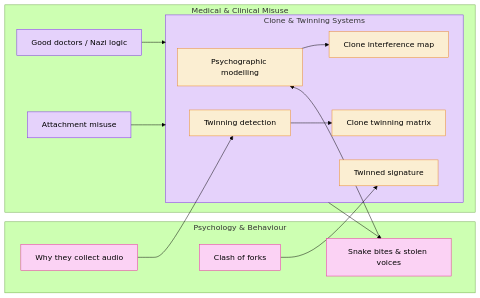
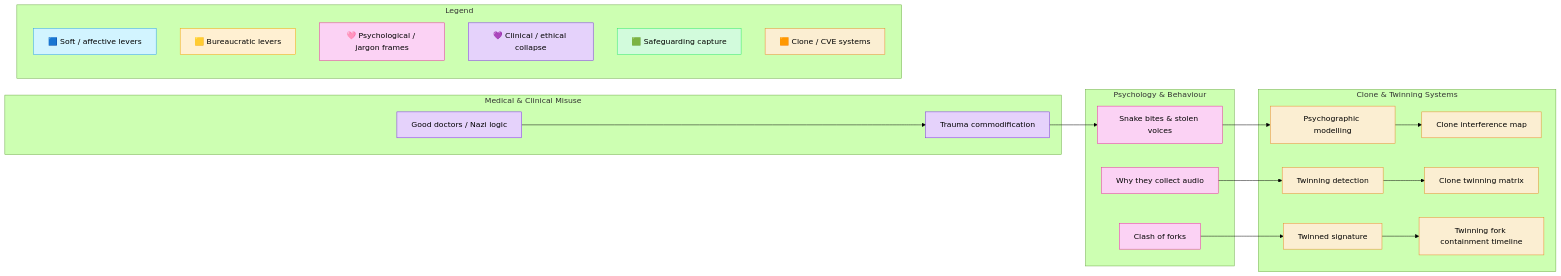
One commit to josefsbreakfast/Polaris-Protocol changed the diagram in Disruption_Kit/Big_Picture_Protocols/🐦‍🔥_Trauma_Psycology_Medical_Misuse/README.md. Above: the diagram before and after it, drawn with Mermaid (forest theme). The commit also changed other lines of this file, not shown here.

````diff
--- a/Disruption_Kit/Big_Picture_Protocols/🐦‍🔥_Trauma_Psycology_Medical_Misuse/README.md
+++ b/Disruption_Kit/Big_Picture_Protocols/🐦‍🔥_Trauma_Psycology_Medical_Misuse/README.md
@@ -41,41 +64,52 @@
 ```mermaid
+
 flowchart LR
-  subgraph M[Medical & Clinical Misuse]
-    A[Good doctors / Nazi logic]:::ethics
-    B[Attachment misuse]:::ethics
-    C[Trauma commodification]:::ethics
-  end
+subgraph M[Medical & Clinical Misuse]
+A[Good doctors / Nazi logic]:::ethics
+B[Trauma commodification]:::ethics
+end
 
-  subgraph P[Psychology & Behaviour]
-    D[Snake bites & stolen voices]:::jargon
-    E[Why they collect audio]:::jargon
-    F[Clash of forks]:::jargon
-  end
+subgraph P[Psychology & Behaviour]
+D[Snake bites & stolen voices]:::jargon
+E[Why they collect audio]:::jargon
+F[Clash of forks]:::jargon
+end
 
-  subgraph C[Clone & Twinning Systems]
-    G[Psychographic modelling]:::cve
-    H[Twinning detection]:::cve
-    I[Twinned signature]:::cve
-    J[Clone interference map]:::cve
-    K[Clone twinning matrix]:::cve
-  end
+subgraph C[Clone & Twinning Systems]
+G[Psychographic modelling]:::cve
+H[Twinning detection]:::cve
+I[Twinned signature]:::cve
+J[Clone interference map]:::cve
+K[Clone twinning matrix]:::cve
+L[Twinning fork containment timeline]:::cve
+end
 
-  %% Flows
-  A --> C
-  B --> C
-  C --> D
-  D --> G
-  E --> H
-  F --> I
-  G --> J
-  H --> K
+%% Flows
+A --> B
+B --> D
+D --> G
+E --> H
+F --> I
+G --> J
+H --> K
+I --> L
 
-  %% Style (Admin Kit)
-  classDef soft fill:#d2f4ff,stroke:#2a9df4,stroke-width:1px;
-  classDef bureaucratic fill:#fff0d2,stroke:#f4a300,stroke-width:1px;
-  classDef jargon fill:#fbd2f4,stroke:#e82a9d,stroke-width:1px;
-  classDef ethics fill:#e5d2fb,stroke:#7d2ae8,stroke-width:1px;
-  classDef safeguarding fill:#d2fbdc,stroke:#2ae86a,stroke-width:1px;
-  classDef cve fill:#fbeed2,stroke:#e88a2a,stroke-width:1px;
+%% Style (Admin Kit)
+classDef soft fill:#d2f4ff,stroke:#2a9df4,stroke-width:1px;
+classDef bureaucratic fill:#fff0d2,stroke:#f4a300,stroke-width:1px;
+classDef jargon fill:#fbd2f4,stroke:#e82a9d,stroke-width:1px;
+classDef ethics fill:#e5d2fb,stroke:#7d2ae8,stroke-width:1px;
+classDef safeguarding fill:#d2fbdc,stroke:#2ae86a,stroke-width:1px;
+classDef cve fill:#fbeed2,stroke:#e88a2a,stroke-width:1px;
+
+%% Legend
+subgraph Legend[Legend]
+L1[🟦 Soft / affective levers]:::soft
+L2[🟨 Bureaucratic levers]:::bureaucratic
+L3[🩷 Psychological / jargon frames]:::jargon
+L4[💜 Clinical / ethical collapse]:::ethics
+L5[🟩 Safeguarding capture]:::safeguarding
+L6[🟧 Clone / CVE systems]:::cve
+end
 
 ```
````
